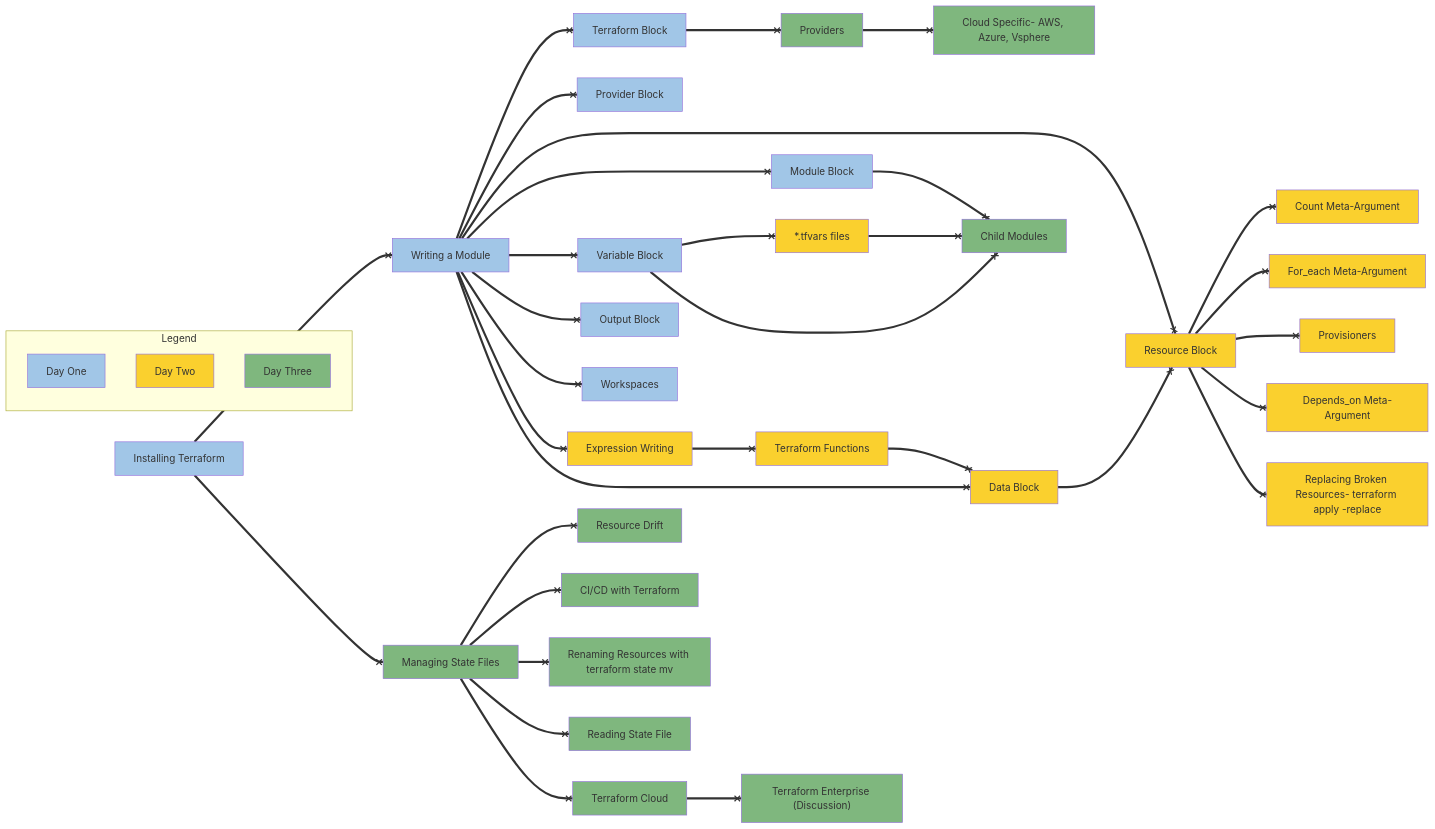
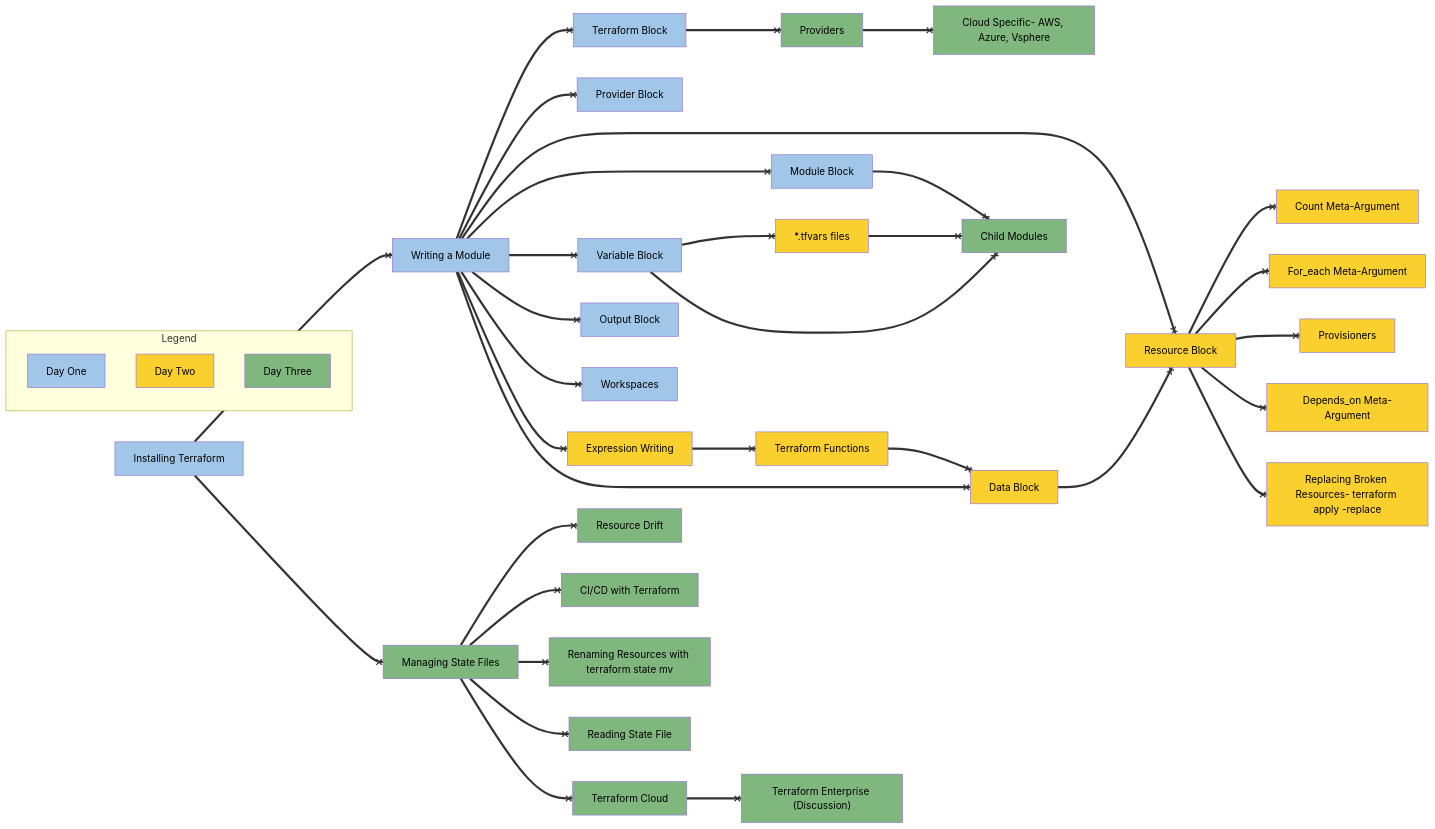
One commit to csfeeser/mermaid_work changed the diagram in terraform.md. Above: the diagram before and after it, drawn with Mermaid.

````diff
--- a/terraform.md
+++ b/terraform.md
@@ -1,70 +1,70 @@
 ```mermaid
 flowchart LR
-	Installing_Terraform["<span style=&quot;color:black;&quot;>Installing Terraform</span>"] ==x Writing_Module["<span style=&quot;color:black;&quot;>Writing a Module</span>"]
+	Installing_Terraform["<span style="color:black;">Installing Terraform</span>"] ==x Writing_Module["<span style="color:black;">Writing a Module</span>"]
 	style Installing_Terraform fill:#A1C6E7
 	style Writing_Module fill:#A1C6E7
-	Writing_Module ==x Terraform_Block["<span style=&quot;color:black;&quot;>Terraform Block</span>"]
+	Writing_Module ==x Terraform_Block["<span style="color:black;">Terraform Block</span>"]
 	style Terraform_Block fill:#A1C6E7
-	Writing_Module ==x Provider_Block["<span style=&quot;color:black;&quot;>Provider Block</span>"]
+	Writing_Module ==x Provider_Block["<span style="color:black;">Provider Block</span>"]
 	style Provider_Block fill:#A1C6E7
-	Writing_Module ==x Resource_Block["<span style=&quot;color:black;&quot;>Resource Block</span>"]
+	Writing_Module ==x Resource_Block["<span style="color:black;">Resource Block</span>"]
 	style Resource_Block fill:#FAD02E
-	Writing_Module ==x Module_Block["<span style=&quot;color:black;&quot;>Module Block</span>"]
+	Writing_Module ==x Module_Block["<span style="color:black;">Module Block</span>"]
 	style Module_Block fill:#A1C6E7
-	Writing_Module ==x Variable_Block["<span style=&quot;color:black;&quot;>Variable Block</span>"]
+	Writing_Module ==x Variable_Block["<span style="color:black;">Variable Block</span>"]
 	style Variable_Block fill:#A1C6E7
-	Writing_Module ==x Output_Block["<span style=&quot;color:black;&quot;>Output Block</span>"]
+	Writing_Module ==x Output_Block["<span style="color:black;">Output Block</span>"]
 	style Output_Block fill:#A1C6E7
-	Resource_Block ==x Count_Meta_Argument["<span style=&quot;color:black;&quot;>Count Meta-Argument</span>"]
+	Resource_Block ==x Count_Meta_Argument["<span style="color:black;">Count Meta-Argument</span>"]
 	style Count_Meta_Argument fill:#FAD02E
-	Resource_Block ==x For_each_Meta_Argument["<span style=&quot;color:black;&quot;>For_each Meta-Argument</span>"]
+	Resource_Block ==x For_each_Meta_Argument["<span style="color:black;">For_each Meta-Argument</span>"]
 	style For_each_Meta_Argument fill:#FAD02E
-	Resource_Block ==x Provisioners["<span style=&quot;color:black;&quot;>Provisioners</span>"]
+	Resource_Block ==x Provisioners["<span style="color:black;">Provisioners</span>"]
 	style Provisioners fill:#FAD02E
-	Resource_Block ==x Depends_on_Meta_Argument["<span style=&quot;color:black;&quot;>Depends_on Meta-Argument</span>"]
+	Resource_Block ==x Depends_on_Meta_Argument["<span style="color:black;">Depends_on Meta-Argument</span>"]
 	style Depends_on_Meta_Argument fill:#FAD02E
-	Writing_Module ==x Workspaces["<span style=&quot;color:black;&quot;>Workspaces</span>"]
+	Writing_Module ==x Workspaces["<span style="color:black;">Workspaces</span>"]
 	style Workspaces fill:#A1C6E7
-	Writing_Module ==x Expression_Writing["<span style=&quot;color:black;&quot;>Expression Writing</span>"]
+	Writing_Module ==x Expression_Writing["<span style="color:black;">Expression Writing</span>"]
 	style Expression_Writing fill:#FAD02E
-	Resource_Block ==x Replacing_Broken_Resources["<span style=&quot;color:black;&quot;>Replacing Broken Resources- terraform apply -replace</span>"]
+	Resource_Block ==x Replacing_Broken_Resources["<span style="color:black;">Replacing Broken Resources- terraform apply -replace</span>"]
 	style Replacing_Broken_Resources fill:#FAD02E
-	Expression_Writing ==x Terraform_Functions["<span style=&quot;color:black;&quot;>Terraform Functions</span>"]
+	Expression_Writing ==x Terraform_Functions["<span style="color:black;">Terraform Functions</span>"]
 	style Terraform_Functions fill:#FAD02E
-	Variable_Block ==x tfvars_files["<span style=&quot;color:black;&quot;>*.tfvars files</span>"]
+	Variable_Block ==x tfvars_files["<span style="color:black;">*.tfvars files</span>"]
 	style tfvars_files fill:#FAD02E
-	Data_Block["<span style=&quot;color:black;&quot;>Data Block</span>"] ==x Resource_Block
+	Data_Block["<span style="color:black;">Data Block</span>"] ==x Resource_Block
 	style Data_Block fill:#FAD02E
-	Module_Block ==x Child_Modules["<span style=&quot;color:black;&quot;>Child Modules</span>"]
+	Module_Block ==x Child_Modules["<span style="color:black;">Child Modules</span>"]
 	style Child_Modules fill:#7FB77E
-	Terraform_Block ==x Providers["<span style=&quot;color:black;&quot;>Providers</span>"]
+	Terraform_Block ==x Providers["<span style="color:black;">Providers</span>"]
 	style Providers fill:#7FB77E
-	Installing_Terraform ==x Managing_State_Files["<span style=&quot;color:black;&quot;>Managing State Files</span>"]
+	Installing_Terraform ==x Managing_State_Files["<span style="color:black;">Managing State Files</span>"]
 	style Managing_State_Files fill:#7FB77E
-	Managing_State_Files ==x Resource_Drift["<span style=&quot;color:black;&quot;>Resource Drift</span>"]
+	Managing_State_Files ==x Resource_Drift["<span style="color:black;">Resource Drift</span>"]
 	style Resource_Drift fill:#7FB77E
-	Managing_State_Files ==x CICD_with_Terraform["<span style=&quot;color:black;&quot;>CI/CD with Terraform</span>"]
+	Managing_State_Files ==x CICD_with_Terraform["<span style="color:black;">CI/CD with Terraform</span>"]
 	style CICD_with_Terraform fill:#7FB77E
-	Providers ==x Cloud_Specific_AWS_Azure_Vsphere["<span style=&quot;color:black;&quot;>Cloud Specific- AWS, Azure, Vsphere</span>"]
+	Providers ==x Cloud_Specific_AWS_Azure_Vsphere["<span style="color:black;">Cloud Specific- AWS, Azure, Vsphere</span>"]
 	style Cloud_Specific_AWS_Azure_Vsphere fill:#7FB77E
-	Managing_State_Files ==x Renaming_Resources_with_terraform_state_mv["<span style=&quot;color:black;&quot;>Renaming Resources with terraform state mv</span>"]
+	Managing_State_Files ==x Renaming_Resources_with_terraform_state_mv["<span style="color:black;">Renaming Resources with terraform state mv</span>"]
 	style Renaming_Resources_with_terraform_state_mv fill:#7FB77E
 	Writing_Module ==x Data_Block
-	Managing_State_Files ==x Reading_State_File["<span style=&quot;color:black;&quot;>Reading State File</span>"]
+	Managing_State_Files ==x Reading_State_File["<span style="color:black;">Reading State File</span>"]
 	style Reading_State_File fill:#7FB77E
 	Terraform_Functions ==x Data_Block
 	tfvars_files ==x Child_Modules
 	Variable_Block ==x Child_Modules
-	Terraform_Cloud["<span style=&quot;color:black;&quot;>Terraform Cloud</span>"] ==x Terraform_Enterprise_Discussion["<span style=&quot;color:black;&quot;>Terraform Enterprise (Discussion)</span>"]
+	Terraform_Cloud["<span style="color:black;">Terraform Cloud</span>"] ==x Terraform_Enterprise_Discussion["<span style="color:black;">Terraform Enterprise (Discussion)</span>"]
 	style Terraform_Cloud fill:#7FB77E
 	style Terraform_Enterprise_Discussion fill:#7FB77E
 	Managing_State_Files ==x Terraform_Cloud
 	subgraph Legend
-		L1["<span style=&quot;color:black;&quot;>Day One</span>"]
+		L1["<span style="color:black;">Day One</span>"]
 		style L1 fill:#A1C6E7
-		L2["<span style=&quot;color:black;&quot;>Day Two</span>"]
+		L2["<span style="color:black;">Day Two</span>"]
 		style L2 fill:#FAD02E
-		L3["<span style=&quot;color:black;&quot;>Day Three</span>"]
+		L3["<span style="color:black;">Day Three</span>"]
 		style L3 fill:#7FB77E
 	end
 ```
````
